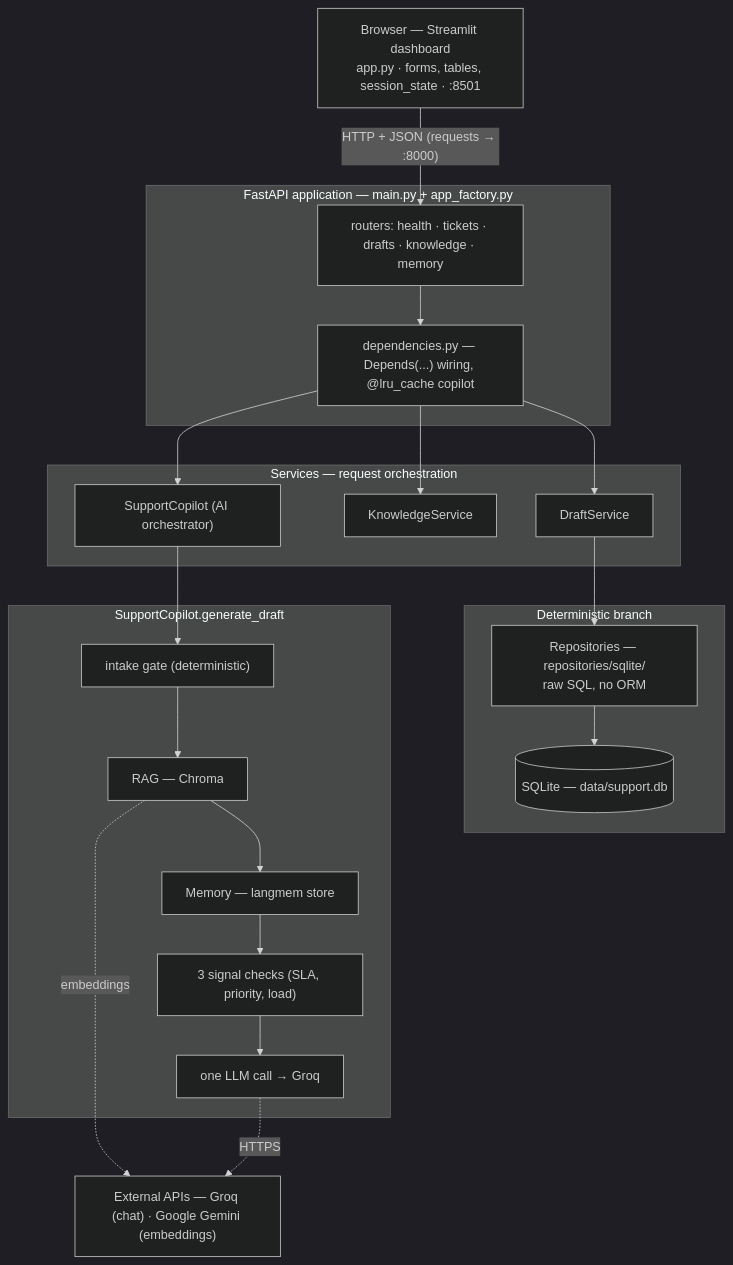
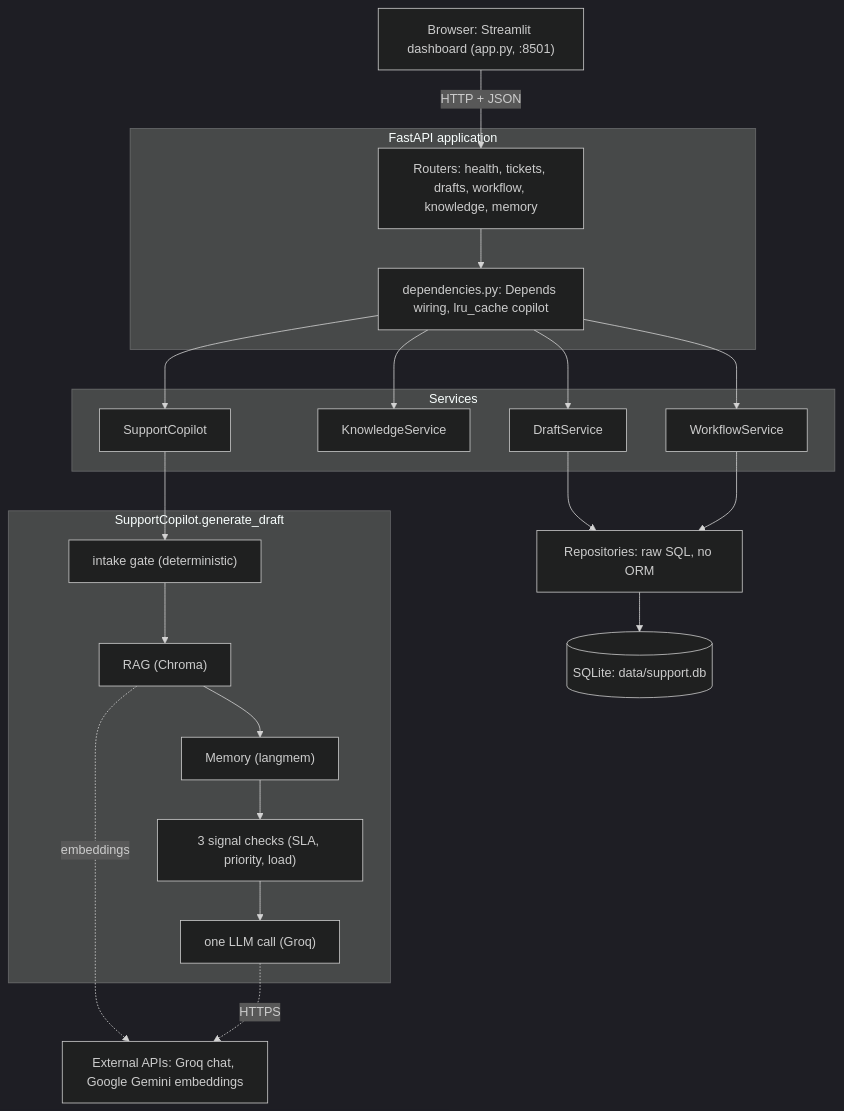
One commit to samriddhi56652/insurance-claims-copilot changed the first of 4 diagrams in docs/architecture.md. Above: the diagram before and after it, drawn with Mermaid (dark theme). The commit also changed other lines of this file and 1 other file, not shown here.

Commit message:
fix(docs): rewrite Mermaid diagrams for GitHub's renderer
GitHub's Mermaid version fails on <br/> line breaks inside node
labels combined with edge labels ("Could not find a suitable point
for the given distance"). Removed all <br/>, switched to ASCII-only
labels and pipe-style edge labels, and used stateDiagram-v2 for the
lifecycle diagrams (more robust than flowchart with many edge
labels).

````diff
--- a/docs/architecture.md
+++ b/docs/architecture.md
@@ -26,33 +26,42 @@
 ```mermaid
 flowchart TD
-    UI["Browser — Streamlit dashboard<br/>app.py · forms, tables, session_state · :8501"]
-    subgraph API["FastAPI application — main.py + app_factory.py"]
-      R["routers: health · tickets · drafts · knowledge · memory"]
-      D["dependencies.py — Depends(...) wiring, @lru_cache copilot"]
+    UI["Browser: Streamlit dashboard (app.py, :8501)"]
+
+    subgraph API["FastAPI application"]
+      R["Routers: health, tickets, drafts, workflow, knowledge, memory"]
+      D["dependencies.py: Depends wiring, lru_cache copilot"]
     end
-    subgraph SVC["Services — request orchestration"]
+
+    subgraph SVC["Services"]
       DS["DraftService"]
       KS["KnowledgeService"]
-      CP["SupportCopilot (AI orchestrator)"]
+      CP["SupportCopilot"]
+      WF["WorkflowService"]
     end
-    subgraph DET["Deterministic branch"]
-      REPO["Repositories — repositories/sqlite/<br/>raw SQL, no ORM"]
-      DB[("SQLite — data/support.db")]
-    end
+
     subgraph AICP["SupportCopilot.generate_draft"]
       GATE["intake gate (deterministic)"]
-      RAG["RAG — Chroma"]
-      MEM["Memory — langmem store"]
+      RAG["RAG (Chroma)"]
+      MEM["Memory (langmem)"]
       SIG["3 signal checks (SLA, priority, load)"]
-      LLM["one LLM call → Groq"]
+      LLM["one LLM call (Groq)"]
     end
-    EXT["External APIs — Groq (chat) · Google Gemini (embeddings)"]
 
-    UI -- "HTTP + JSON (requests → :8000)" --> R
+    REPO["Repositories: raw SQL, no ORM"]
+    DB[("SQLite: data/support.db")]
+    EXT["External APIs: Groq chat, Google Gemini embeddings"]
+
+    UI -->|HTTP + JSON| R
     R --> D
-    D --> DS & KS & CP
-    DS --> REPO --> DB
-    CP --> GATE --> RAG --> MEM --> SIG --> LLM
-    RAG -.embeddings.-> EXT
-    LLM -.HTTPS.-> EXT
+    D --> DS
+    D --> KS
+    D --> CP
+    D --> WF
+    DS --> REPO
+    WF --> REPO
+    REPO --> DB
+    CP --> GATE
+    GATE --> RAG --> MEM --> SIG --> LLM
+    RAG -.->|embeddings| EXT
+    LLM -.->|HTTPS| EXT
 ```
````
